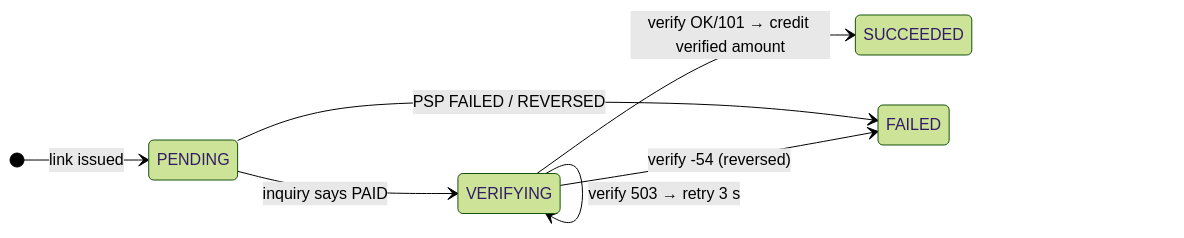
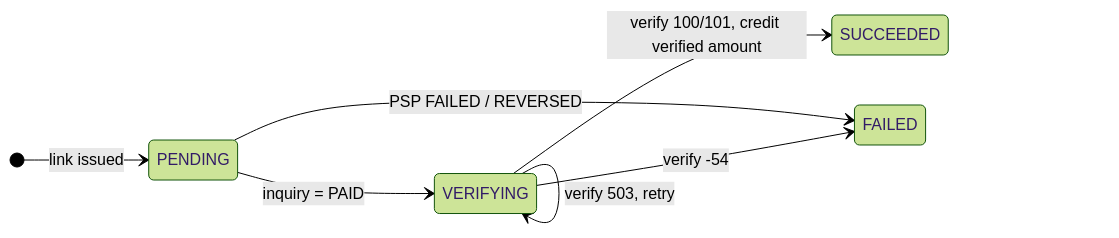
One commit to raziehHashemi/hamtapay-wallet changed the first of 2 diagrams in docs/design.md. Above: the diagram before and after it, drawn with Mermaid (forest theme). The commit also changed other lines of this file, not shown here.

````diff
--- a/docs/design.md
+++ b/docs/design.md
@@ -58,10 +52,10 @@
 ```mermaid
 stateDiagram-v2
   direction LR
   [*] --> PENDING: link issued
-  PENDING --> VERIFYING: inquiry says PAID
-  VERIFYING --> SUCCEEDED: verify OK/101 → credit verified amount
+  PENDING --> VERIFYING: inquiry = PAID
+  VERIFYING --> SUCCEEDED: verify 100/101, credit verified amount
+  VERIFYING --> VERIFYING: verify 503, retry
   PENDING --> FAILED: PSP FAILED / REVERSED
-  VERIFYING --> FAILED: verify -54 (reversed)
-  VERIFYING --> VERIFYING: verify 503 → retry 3 s
+  VERIFYING --> FAILED: verify -54
 ```
````
